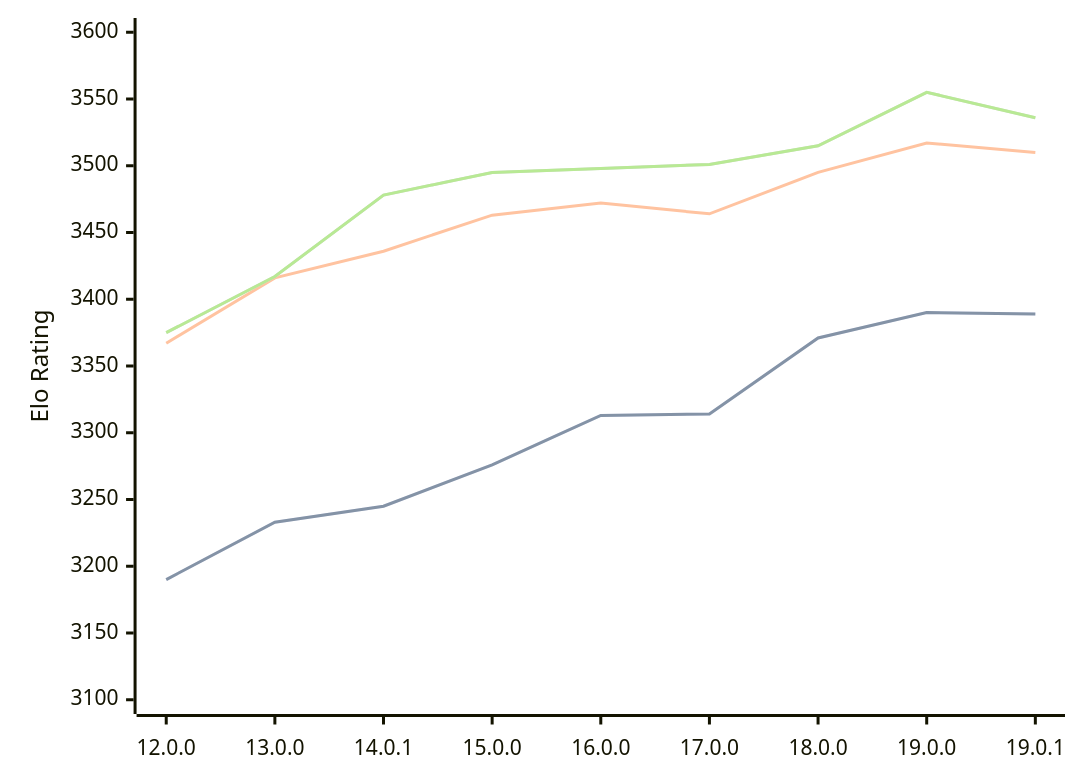
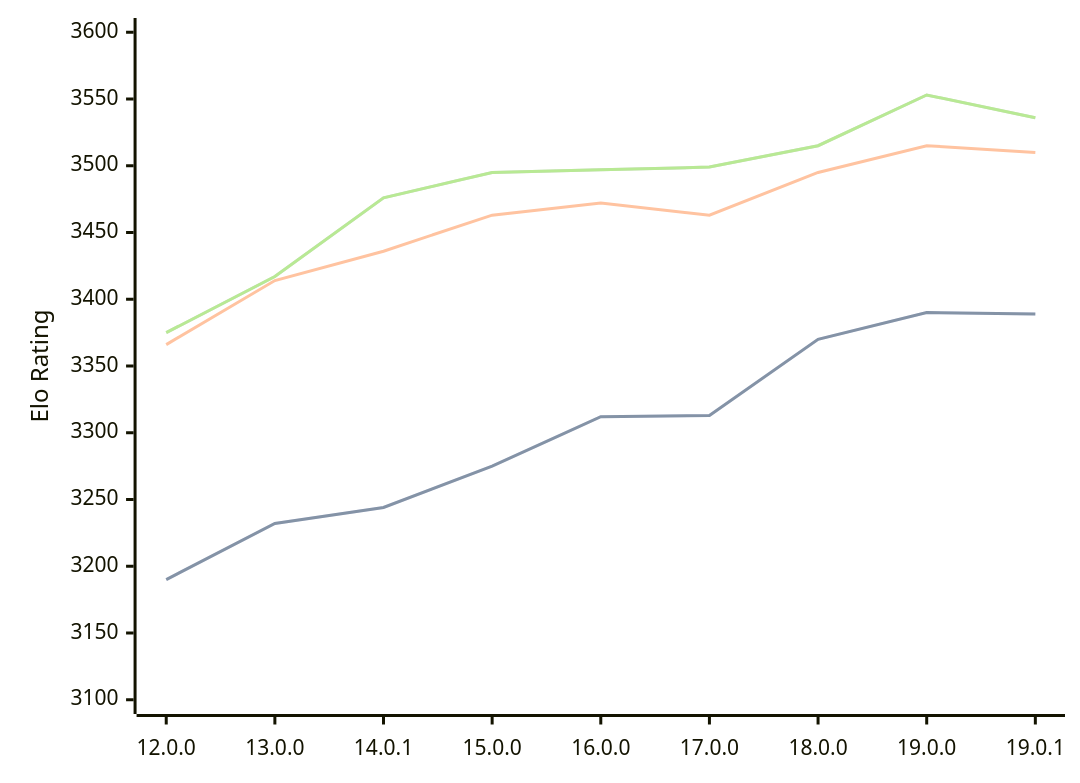
The diagram in engines/Viridithas.md (computer-chess-index/cci), drawn with Mermaid before and after one commit. The commit also changed other lines of this file, not shown here.

Commit message:
Update CCI Ratings (ELO VLTC) - 2026-06-10

````diff
--- a/engines/Viridithas.md
+++ b/engines/Viridithas.md
@@ -63,11 +63,11 @@
 ```mermaid
 %%{init: {"theme":"base","themeVariables":{"seriesColors:['#a3a3a3','#222221','#faa371']}}}%%
 xychart-beta
   x-axis ["12.0.0", "13.0.0", "14.0.1", "15.0.0", "16.0.0", "17.0.0", "18.0.0", "19.0.0", "19.0.1"]
   y-axis "Elo Rating" 3100 --> 3600
-  line "STC (8.0+0.08s)" [3190, 3233, 3245, 3276, 3313, 3314, 3371, 3390, 3389]
-  line "STC (8.0+0.08s)" [3190, 3233, 3245, 3276, 3313, 3314, 3371, 3390, 3389]
-  line "LTC (60.0+0.60s)" [3367, 3416, 3436, 3463, 3472, 3464, 3495, 3517, 3510]
-  line "VLTC (2m24s+1.12s)" [3375, 3417, 3478, 3495, 3498, 3501, 3515, 3555, 3536]
-  line "VLTC (2m24s+1.12s)" [3375, 3417, 3478, 3495, 3498, 3501, 3515, 3555, 3536]
+  line "STC (8.0+0.08s)" [3190, 3232, 3244, 3275, 3312, 3313, 3370, 3390, 3389]
+  line "STC (8.0+0.08s)" [3190, 3232, 3244, 3275, 3312, 3313, 3370, 3390, 3389]
+  line "LTC (60.0+0.60s)" [3366, 3414, 3436, 3463, 3472, 3463, 3495, 3515, 3510]
+  line "VLTC (2m24s+1.12s)" [3375, 3417, 3476, 3495, 3497, 3499, 3515, 3553, 3536]
+  line "VLTC (2m24s+1.12s)" [3375, 3417, 3476, 3495, 3497, 3499, 3515, 3553, 3536]
 ```
````
